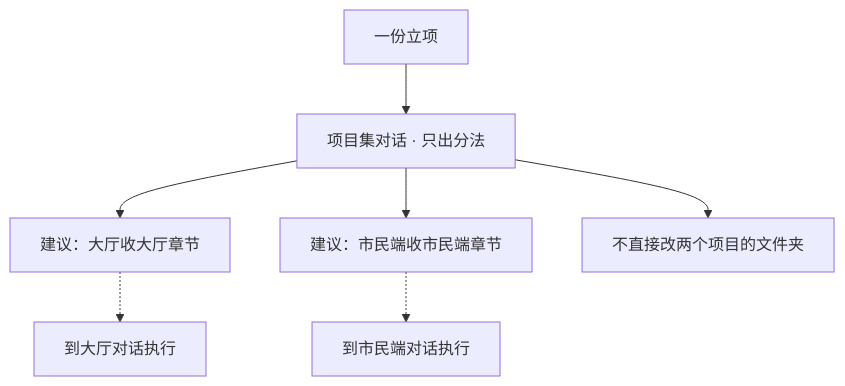
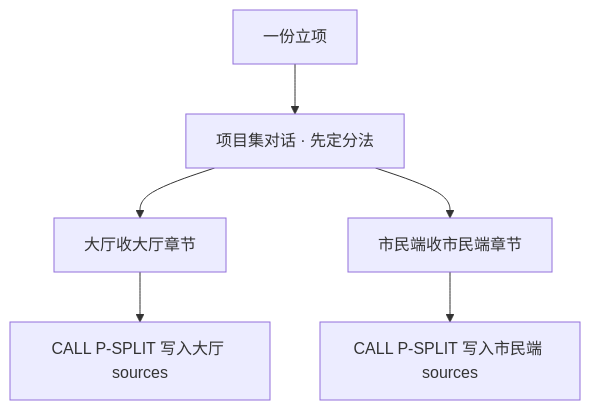
One commit to qiusuo0226/chrono-pm-skill changed the first of 2 diagrams in examples/05-一份材料拆到多个项目.md. Above: the diagram before and after it, drawn with Mermaid. The commit also changed other lines of this file and 16 other files, not shown here.

````diff
--- a/examples/05-一份材料拆到多个项目.md
+++ b/examples/05-一份材料拆到多个项目.md
@@ -11,9 +11,8 @@
 ```mermaid
 flowchart TB
-    DOC["一份立项"] --> PF["项目集对话 · 只出分法"]
-    PF --> H["建议：大厅收大厅章节"]
-    PF --> A["建议：市民端收市民端章节"]
-    PF --> X["不直接改两个项目的文件夹"]
-    H -.-> PH["到大厅对话执行"]
-    A -.-> PA["到市民端对话执行"]
+    DOC["一份立项"] --> PF["项目集对话 · 先定分法"]
+    PF --> H["大厅收大厅章节"]
+    PF --> A["市民端收市民端章节"]
+    H --> WH["CALL P-SPLIT 写入大厅 sources"]
+    A --> WA["CALL P-SPLIT 写入市民端 sources"]
 ```
````
